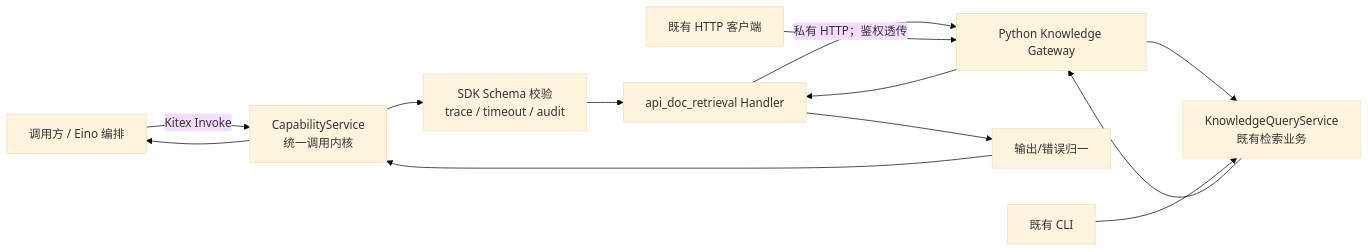
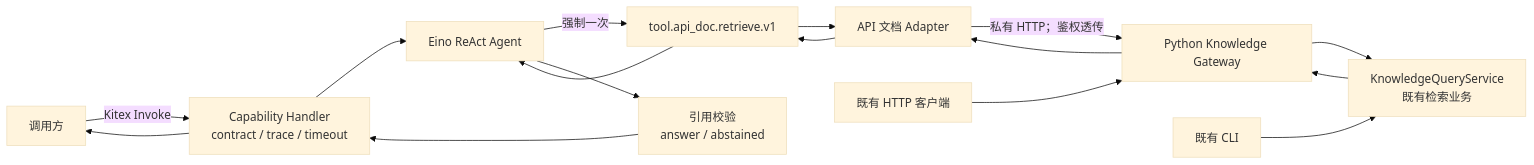
One commit to S-zhi/ThirdBrain changed the diagram in docs/THRI-236-technical-design.md. Above: the diagram before and after it, drawn with Mermaid (base theme). The commit also changed other lines of this file and 19 other files, not shown here.

Commit message:
feat(agent-platform): route API doc invoke through Eino Agent

````diff
--- a/docs/THRI-236-technical-design.md
+++ b/docs/THRI-236-technical-design.md
@@ -16,12 +17,13 @@
 ```mermaid
 flowchart LR
-    C["调用方 / Eino 编排"] -->|Kitex Invoke| K["CapabilityService\n统一调用内核"]
-    K --> V["SDK Schema 校验\ntrace / timeout / audit"]
-    V --> H["api_doc_retrieval Handler"]
+    C["调用方"] -->|Kitex Invoke| K["Capability Handler\ncontract / trace / timeout"]
+    K --> A["Eino ReAct Agent"]
+    A -->|强制一次| T["tool.api_doc.retrieve.v1"]
+    T --> H["API 文档 Adapter"]
     H -->|私有 HTTP；鉴权透传| G["Python Knowledge Gateway"]
     G --> Q["KnowledgeQueryService\n既有检索业务"]
-    Q --> G --> H
-    H --> N["输出/错误归一"] --> K --> C
+    Q --> G --> H --> T --> A
+    A --> N["引用校验\nanswer / abstained"] --> K --> C
     CLI["既有 CLI"] --> Q
     HTTP["既有 HTTP 客户端"] --> G
 ```
````
